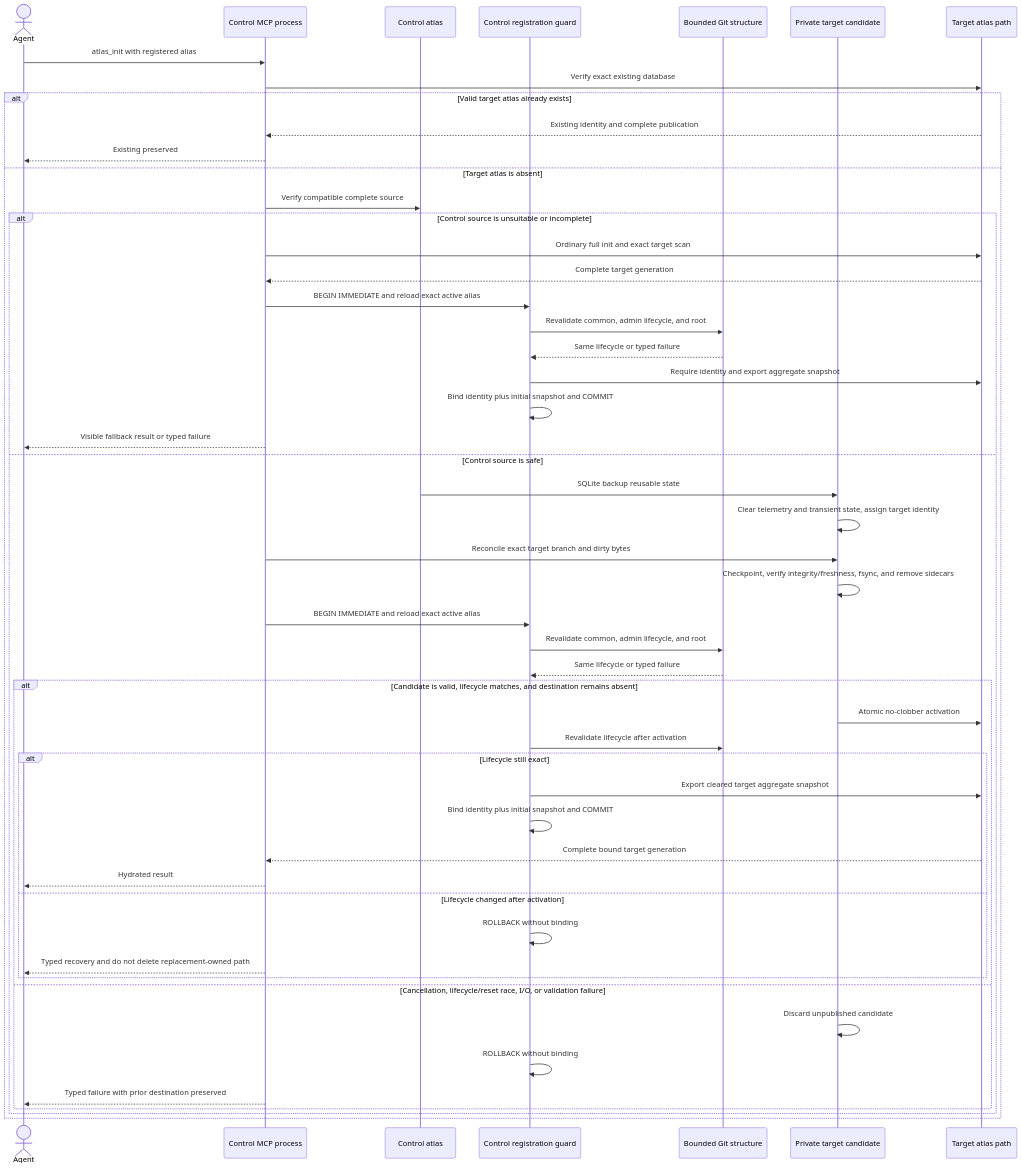
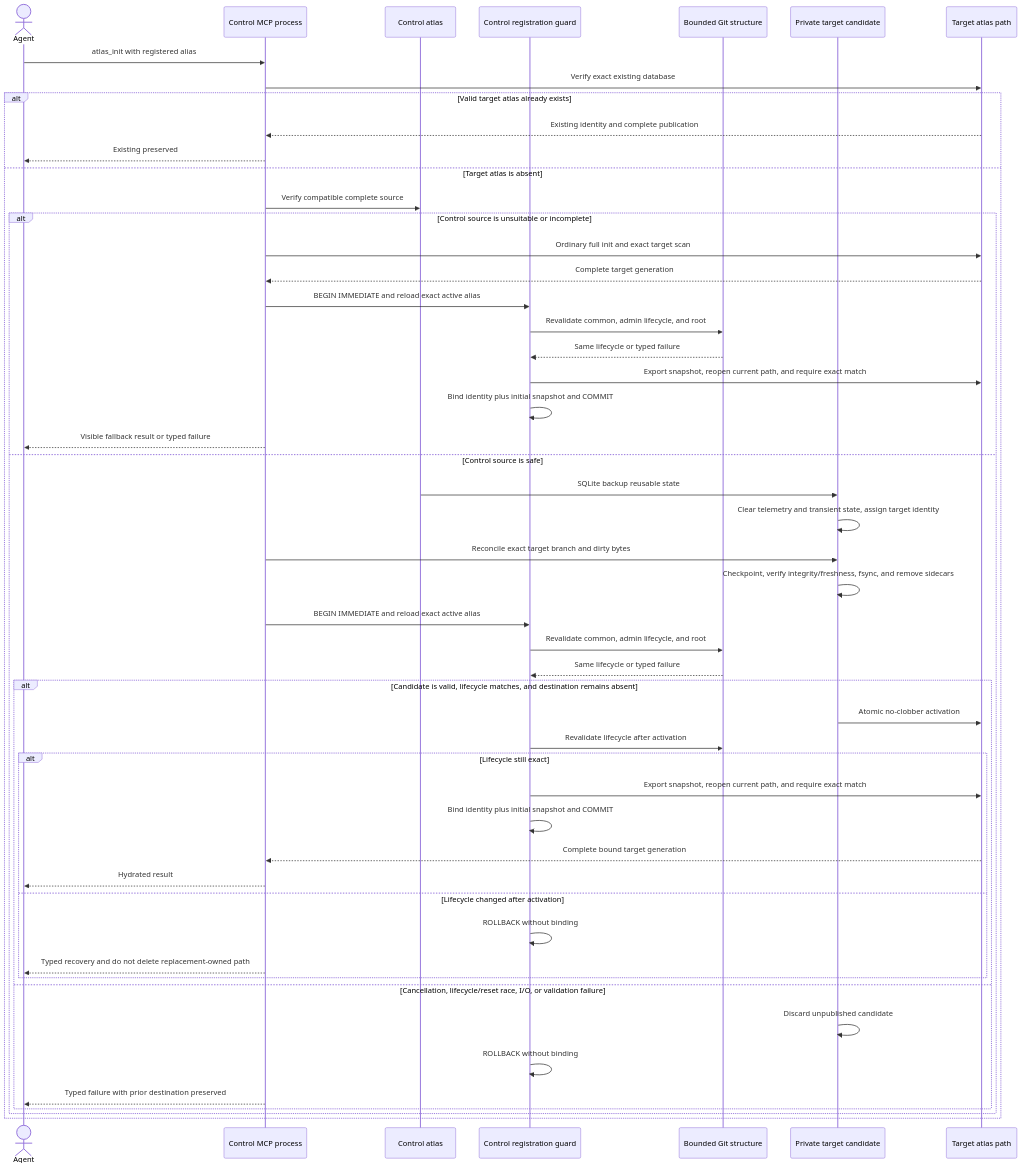
The third of 6 diagrams in docs/worktree-lifecycle.md (styler-ai/ProjectAtlas), drawn with Mermaid before and after one commit. The commit also changed other lines of this file and 4 other files, not shown here.

````diff
--- a/docs/worktree-lifecycle.md
+++ b/docs/worktree-lifecycle.md
@@ -115,54 +115,54 @@
 ```mermaid
 sequenceDiagram
     actor Agent
     participant MCP as Control MCP process
     participant Control as Control atlas
     participant Registry as Control registration guard
     participant Structure as Bounded Git structure
     participant Candidate as Private target candidate
     participant Target as Target atlas path
 
     Agent->>MCP: atlas_init with registered alias
     MCP->>Target: Verify exact existing database
     alt Valid target atlas already exists
         Target-->>MCP: Existing identity and complete publication
         MCP-->>Agent: Existing preserved
     else Target atlas is absent
         MCP->>Control: Verify compatible complete source
         alt Control source is unsuitable or incomplete
             MCP->>Target: Ordinary full init and exact target scan
             Target-->>MCP: Complete target generation
             MCP->>Registry: BEGIN IMMEDIATE and reload exact active alias
             Registry->>Structure: Revalidate common, admin lifecycle, and root
             Structure-->>Registry: Same lifecycle or typed failure
-            Registry->>Target: Require identity and export aggregate snapshot
+            Registry->>Target: Export snapshot, reopen current path, and require exact match
             Registry->>Registry: Bind identity plus initial snapshot and COMMIT
             MCP-->>Agent: Visible fallback result or typed failure
         else Control source is safe
             Control->>Candidate: SQLite backup reusable state
             Candidate->>Candidate: Clear telemetry and transient state, assign target identity
             MCP->>Candidate: Reconcile exact target branch and dirty bytes
             Candidate->>Candidate: Checkpoint, verify integrity/freshness, fsync, and remove sidecars
             MCP->>Registry: BEGIN IMMEDIATE and reload exact active alias
             Registry->>Structure: Revalidate common, admin lifecycle, and root
             Structure-->>Registry: Same lifecycle or typed failure
             alt Candidate is valid, lifecycle matches, and destination remains absent
                 Candidate->>Target: Atomic no-clobber activation
                 Registry->>Structure: Revalidate lifecycle after activation
                 alt Lifecycle still exact
-                    Registry->>Target: Export cleared target aggregate snapshot
+                    Registry->>Target: Export snapshot, reopen current path, and require exact match
                     Registry->>Registry: Bind identity plus initial snapshot and COMMIT
                     Target-->>MCP: Complete bound target generation
                     MCP-->>Agent: Hydrated result
                 else Lifecycle changed after activation
                     Registry->>Registry: ROLLBACK without binding
                     MCP-->>Agent: Typed recovery and do not delete replacement-owned path
                 end
             else Cancellation, lifecycle/reset race, I/O, or validation failure
                 Candidate->>Candidate: Discard unpublished candidate
                 Registry->>Registry: ROLLBACK without binding
                 MCP-->>Agent: Typed failure with prior destination preserved
             end
         end
     end
 ```
````
